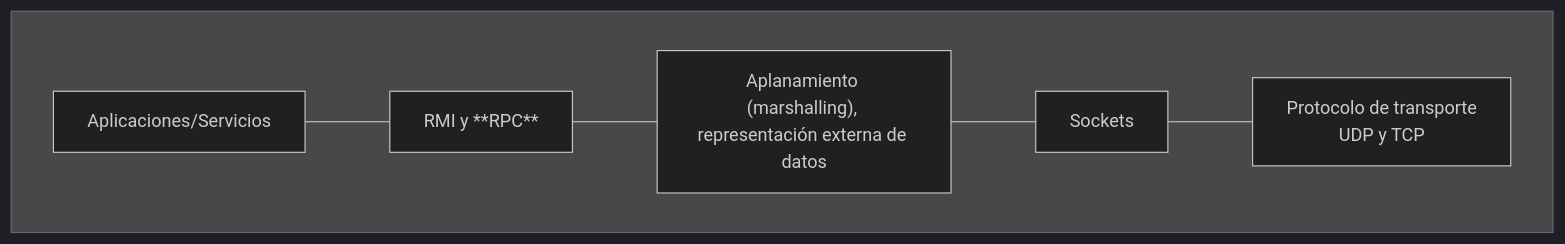
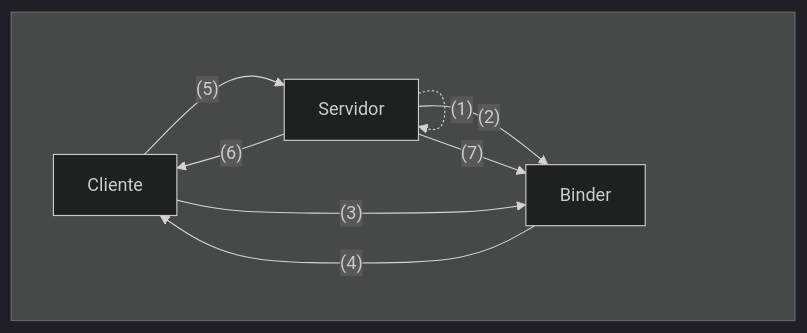
The second of 2 diagrams in transparencias/ssdd_rpc.md (acaldero/uc3m_sd), drawn with Mermaid (dark theme) before and after one commit. The commit also changed other lines of this file and 4 other files, not shown here.

````diff
--- a/transparencias/ssdd_rpc.md
+++ b/transparencias/ssdd_rpc.md
@@ -70,14 +255,15 @@
-   ```mermaid
+     ```mermaid
    flowchart TD
-      A["Aplicaciones/Servicios"]
-      B["RMI y **RPC**"]
-      C["Aplanamiento (marshalling), representación externa de datos"]
-      D["Sockets"]
-      E["Protocolo de transporte<br>UDP y TCP"]
-      subgraph  
-      A --- B
-      B --- C
-      C --- D
-      D --- E
-      end
-   ```
+       subgraph id1 [ ]
+       A["Cliente"]
+       B["Servidor"]
+       C["Binder"]
+       end
+       B -.->|"(1)"| B
+       B -->|"(2)"| C
+       B -->|"(7)"| C
+       A -->|"(3)"| C
+       C -->|"(4)"| A
+       A -->|"(5)"| B
+       B -->|"(6)"| A
+     ```
````
